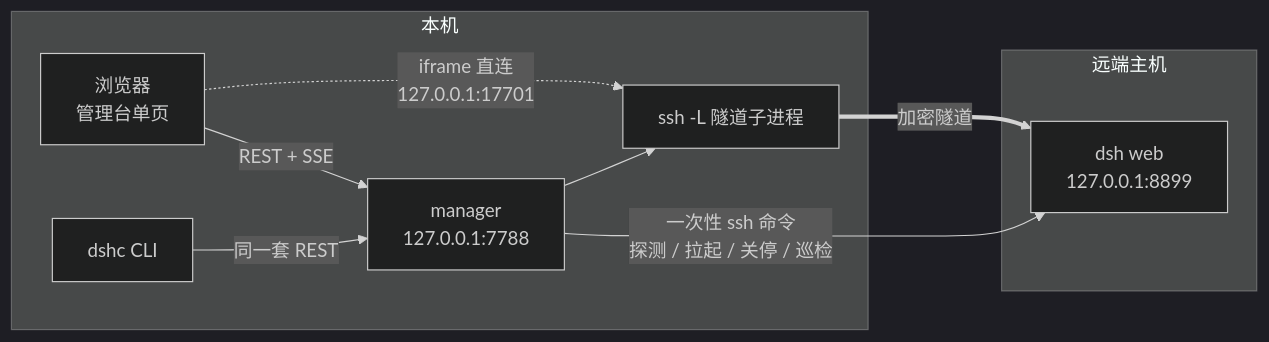
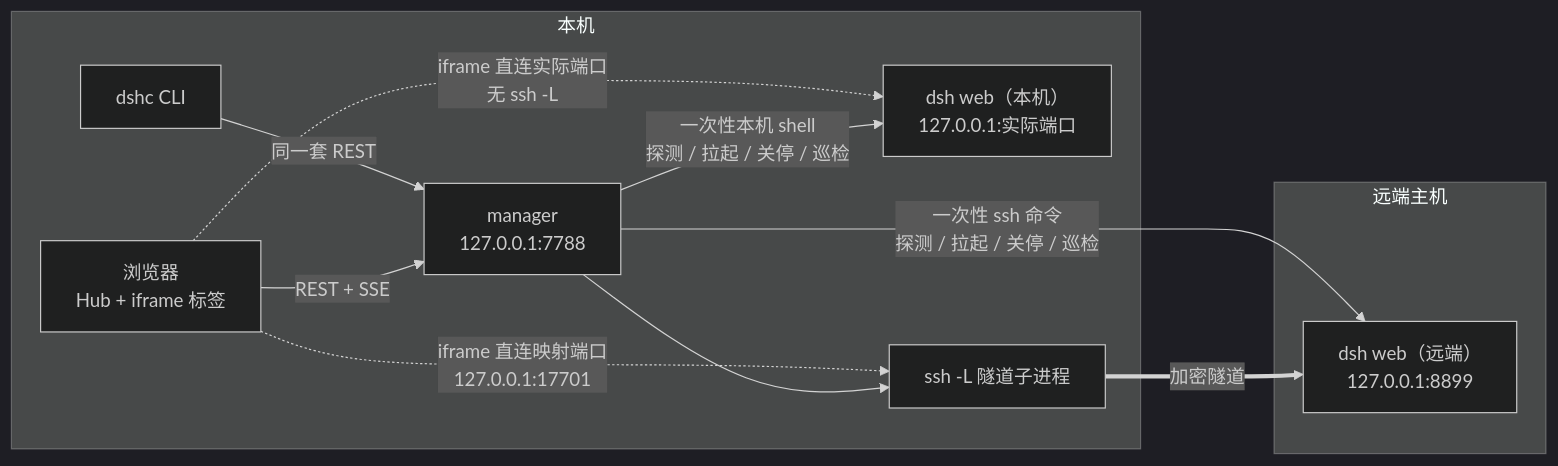
One commit to biociao/Remote_DSH_Center changed the diagram in README.md. Above: the diagram before and after it, drawn with Mermaid (dark theme). The commit also changed other lines of this file and 68 other files, not shown here.

````diff
--- a/README.md
+++ b/README.md
@@ -118,13 +123,15 @@
 ```mermaid
 flowchart LR
     subgraph 本机
-        B[浏览器<br/>管理台单页] -->|REST + SSE| M[manager<br/>127.0.0.1:7788]
+        B[浏览器<br/>Hub + iframe 标签] -->|REST + SSE| M[manager<br/>127.0.0.1:7788]
         C[dshc CLI] -->|同一套 REST| M
-        B -.->|iframe 直连<br/>127.0.0.1:17701| T
+        M -->|一次性本机 shell<br/>探测 / 拉起 / 关停 / 巡检| L[dsh web（本机）<br/>127.0.0.1:实际端口]
+        B -.->|iframe 直连实际端口<br/>无 ssh -L| L
         M --> T[ssh -L 隧道子进程]
+        B -.->|iframe 直连映射端口<br/>127.0.0.1:17701| T
     end
     subgraph 远端主机
-        T ==>|加密隧道| W[dsh web<br/>127.0.0.1:8899]
-        M -->|一次性 ssh 命令<br/>探测 / 拉起 / 关停 / 巡检| W
+        T ==>|加密隧道| R[dsh web（远端）<br/>127.0.0.1:8899]
+        M -->|一次性 ssh 命令<br/>探测 / 拉起 / 关停 / 巡检| R
     end
 ```
````
